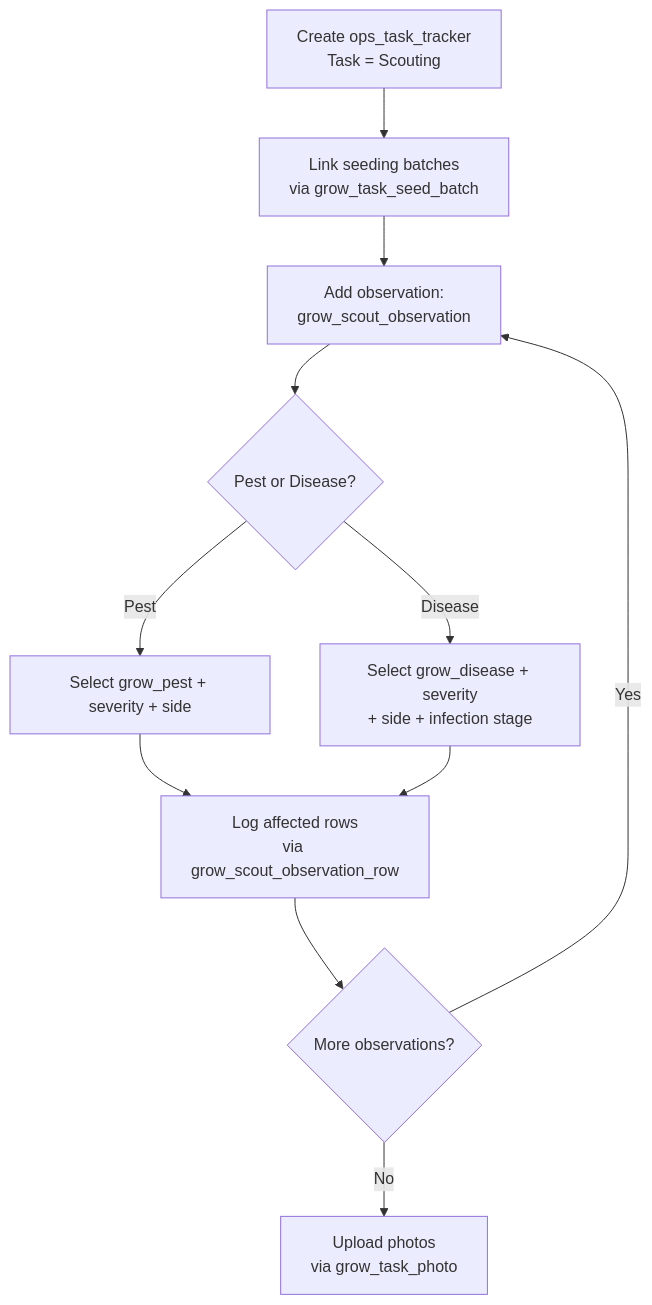
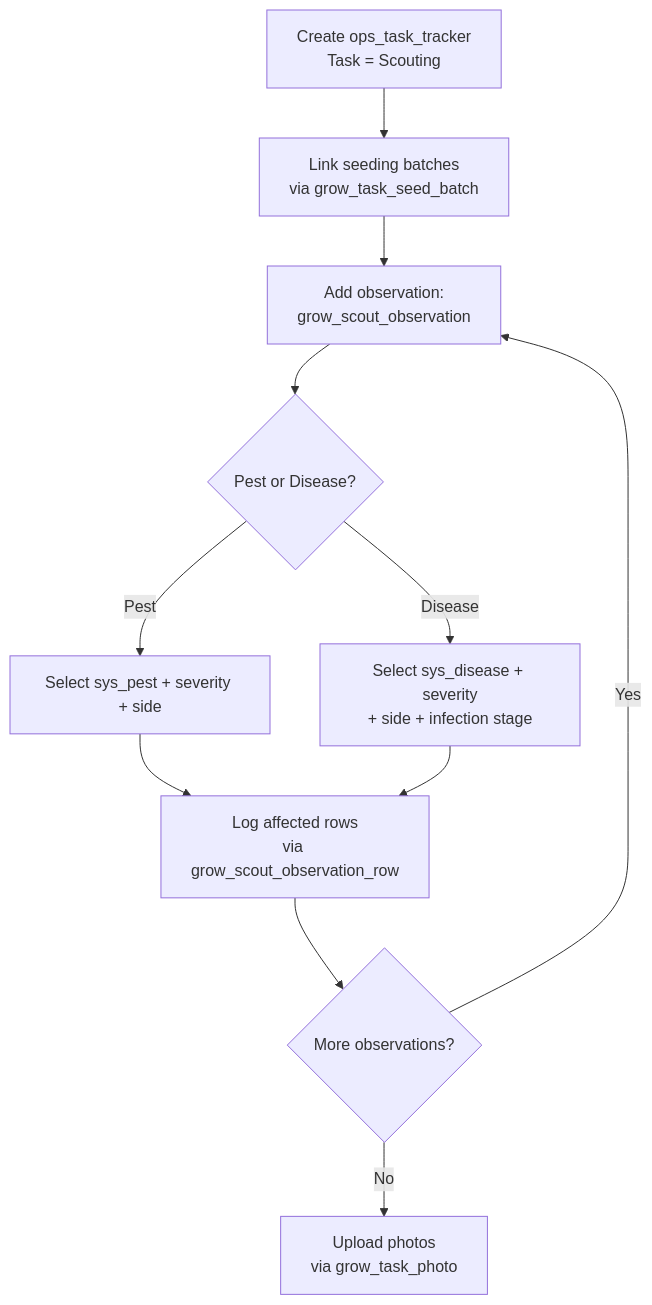
Before and after one commit to Hawaii-Farming/aloha-app: the diagram in docs/processes/20260327_05_grow_scouting_workflow.md, drawn with Mermaid. The commit also changed other lines of this file and 5 other files, not shown here.

First line of the commit message:
Sync docs for sys_pest/sys_disease rename, add is_primary_org to hr_employee docs

````diff
--- a/docs/processes/20260327_05_grow_scouting_workflow.md
+++ b/docs/processes/20260327_05_grow_scouting_workflow.md
@@ -49,13 +49,13 @@
 ```mermaid
 flowchart TD
     A[Create ops_task_tracker\nTask = Scouting] --> B[Link seeding batches\nvia grow_task_seed_batch]
     B --> C[Add observation:\ngrow_scout_observation]
     C --> D{Pest or Disease?}
-    D -->|Pest| E[Select grow_pest + severity + side]
-    D -->|Disease| F[Select grow_disease + severity\n+ side + infection stage]
+    D -->|Pest| E[Select sys_pest + severity + side]
+    D -->|Disease| F[Select sys_disease + severity\n+ side + infection stage]
     E --> G[Log affected rows\nvia grow_scout_observation_row]
     F --> G
     G --> H{More observations?}
     H -->|Yes| C
     H -->|No| I[Upload photos\nvia grow_task_photo]
 ```
````
